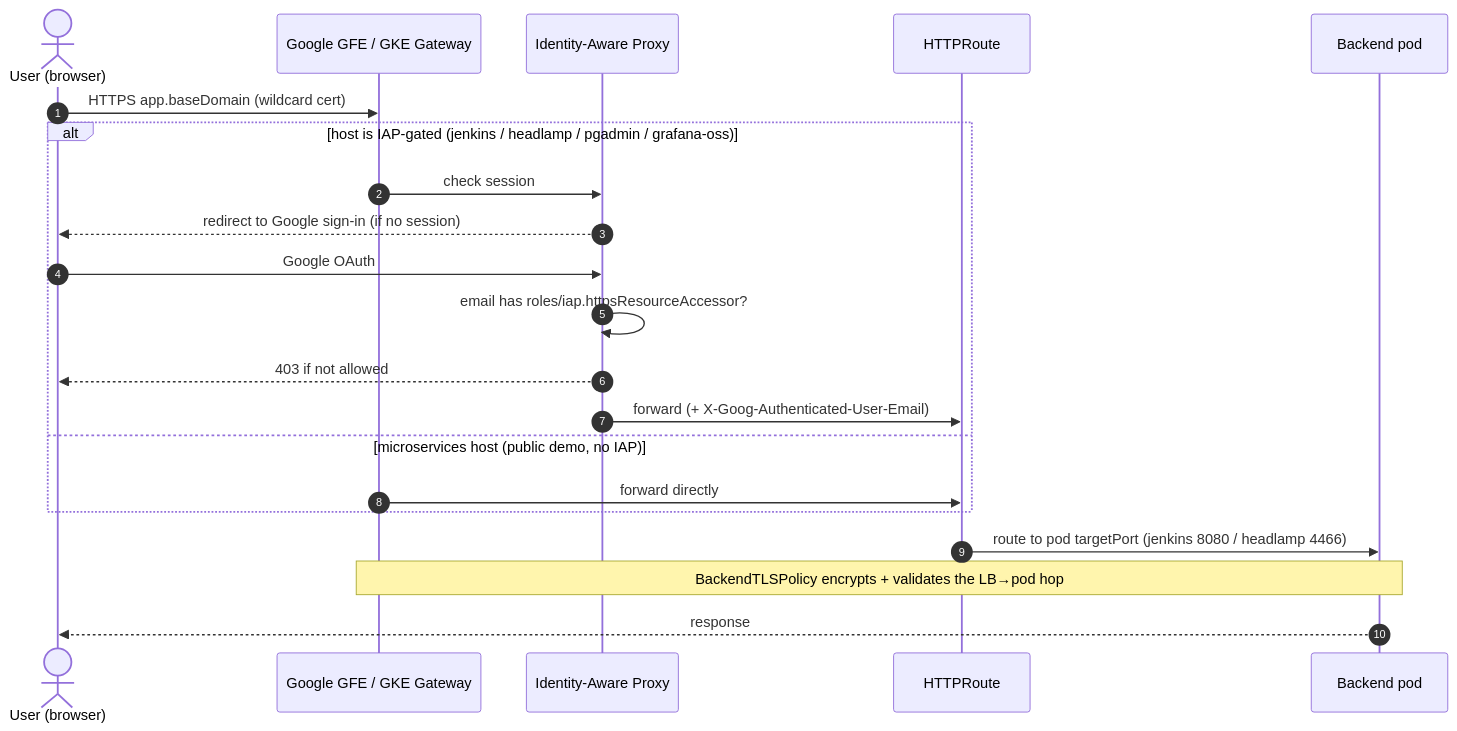
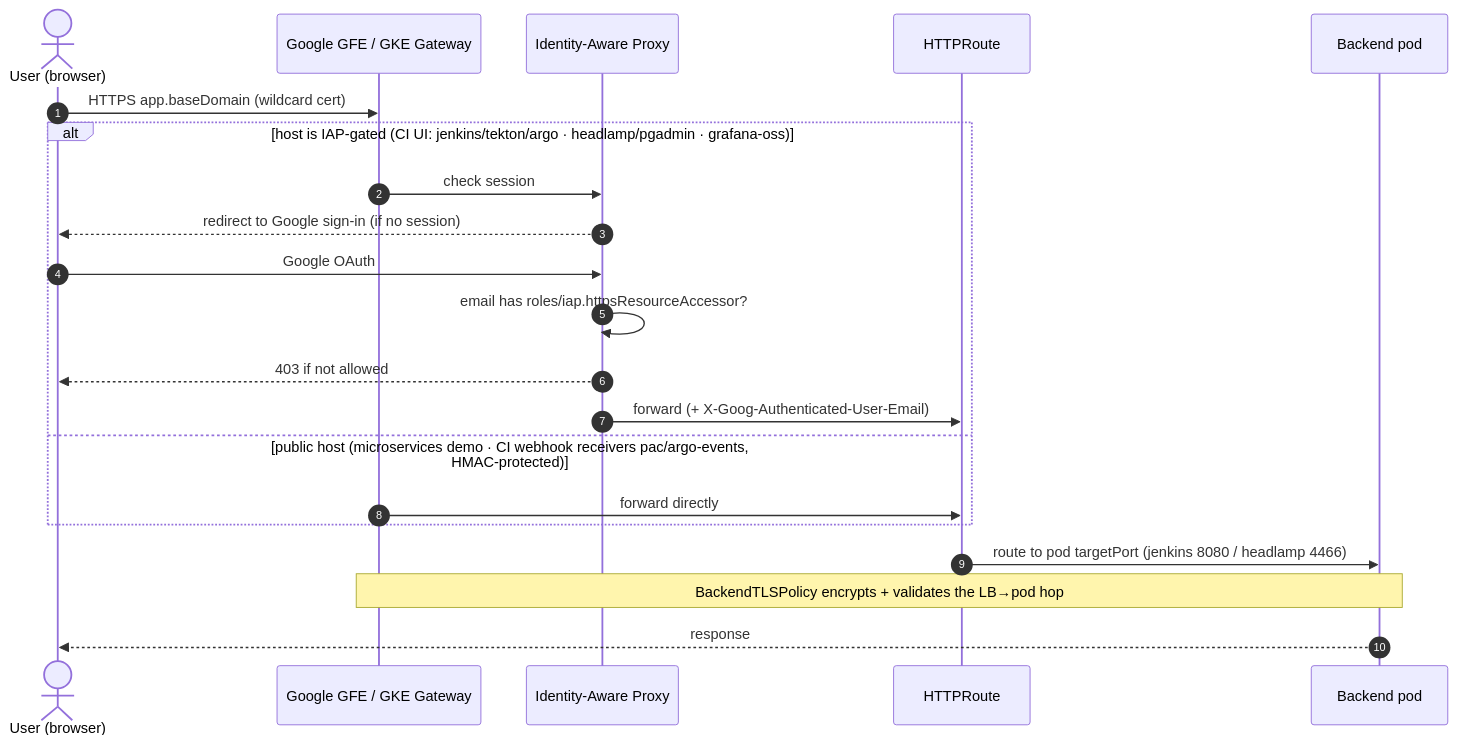
The tenth of 12 diagrams in docs/501-PLATFORM_OPERATIONS.md (nubenetes/jenkins-2026), drawn with Mermaid before and after one commit. The commit also changed other lines of this file and 28 other files, not shown here.

````diff
--- a/docs/501-PLATFORM_OPERATIONS.md
+++ b/docs/501-PLATFORM_OPERATIONS.md
@@ -814,24 +826,24 @@
 ```mermaid
 sequenceDiagram
   autonumber
   actor U as User (browser)
   participant GFE as Google GFE / GKE Gateway
   participant IAP as Identity-Aware Proxy
   participant HR as HTTPRoute
   participant Pod as Backend pod
 
   U->>GFE: HTTPS app.baseDomain (wildcard cert)
-  alt host is IAP-gated (jenkins / headlamp / pgadmin / grafana-oss)
+  alt host is IAP-gated (CI UI: jenkins/tekton/argo · headlamp/pgadmin · grafana-oss)
     GFE->>IAP: check session
     IAP-->>U: redirect to Google sign-in (if no session)
     U->>IAP: Google OAuth
     IAP->>IAP: email has roles/iap.httpsResourceAccessor?
     IAP-->>U: 403 if not allowed
     IAP->>HR: forward (+ X-Goog-Authenticated-User-Email)
-  else microservices host (public demo, no IAP)
+  else public host (microservices demo · CI webhook receivers pac/argo-events, HMAC-protected)
     GFE->>HR: forward directly
   end
   HR->>Pod: route to pod targetPort (jenkins 8080 / headlamp 4466)
   Note over GFE,Pod: BackendTLSPolicy encrypts + validates the LB→pod hop
   Pod-->>U: response
 ```
````
